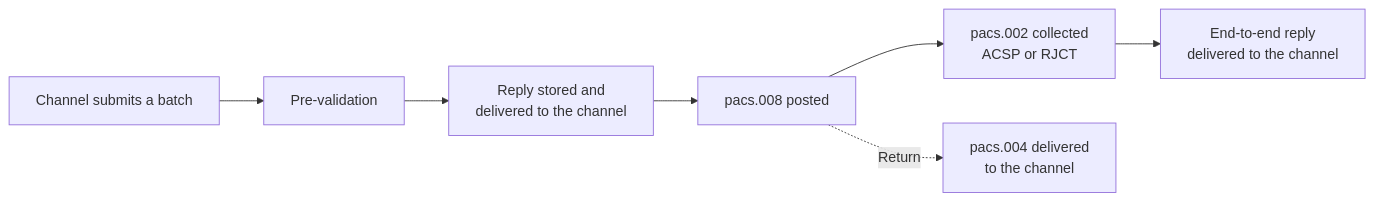
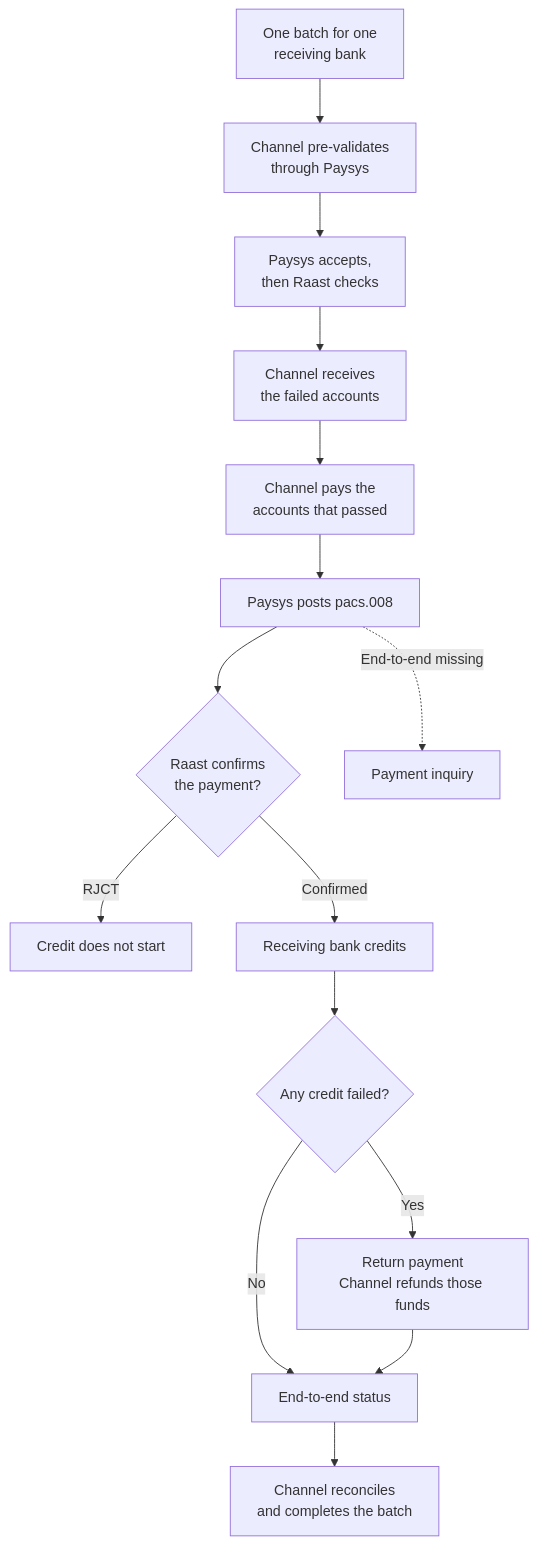
One commit to HuzaifaTanzeel/raast-training-public changed the sixth of 6 diagrams in modules/05-bulk-payments/05_Raast_Bulk_Sending_Overview.md. Above: the diagram before and after it, drawn with Mermaid. The commit also changed other lines of this file and 2 other files, not shown here.

Commit message:
Align bulk sending with the Paysys path to Raast.

````diff
--- a/modules/05-bulk-payments/05_Raast_Bulk_Sending_Overview.md
+++ b/modules/05-bulk-payments/05_Raast_Bulk_Sending_Overview.md
@@ -139,9 +184,17 @@
 ```mermaid
-flowchart LR
-    A[Channel submits a batch] --> B[Pre-validation]
-    B --> C[Reply stored and<br/>delivered to the channel]
-    C --> D[pacs.008 posted]
-    D --> E[pacs.002 collected<br/>ACSP or RJCT]
-    E --> F[End-to-end reply<br/>delivered to the channel]
-    D -. Return .-> G[pacs.004 delivered<br/>to the channel]
+flowchart TD
+    A[One batch for one<br/>receiving bank] --> B[Channel pre-validates<br/>through Paysys]
+    B --> C[Paysys accepts,<br/>then Raast checks]
+    C --> D[Channel receives<br/>the failed accounts]
+    D --> E[Channel pays the<br/>accounts that passed]
+    E --> F[Paysys posts pacs.008]
+    F --> G{Raast confirms<br/>the payment?}
+    G -->|RJCT| H[Credit does not start]
+    G -->|Confirmed| I[Receiving bank credits]
+    I --> J{Any credit failed?}
+    J -->|Yes| K[Return payment<br/>Channel refunds those funds]
+    J -->|No| L[End-to-end status]
+    K --> L
+    L --> M[Channel reconciles<br/>and completes the batch]
+    F -. End-to-end missing .-> N[Payment inquiry]
 ```
````
